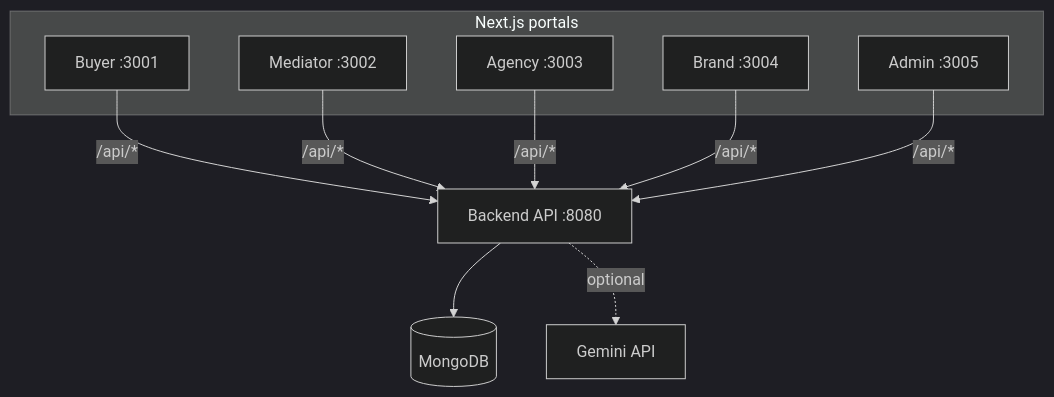
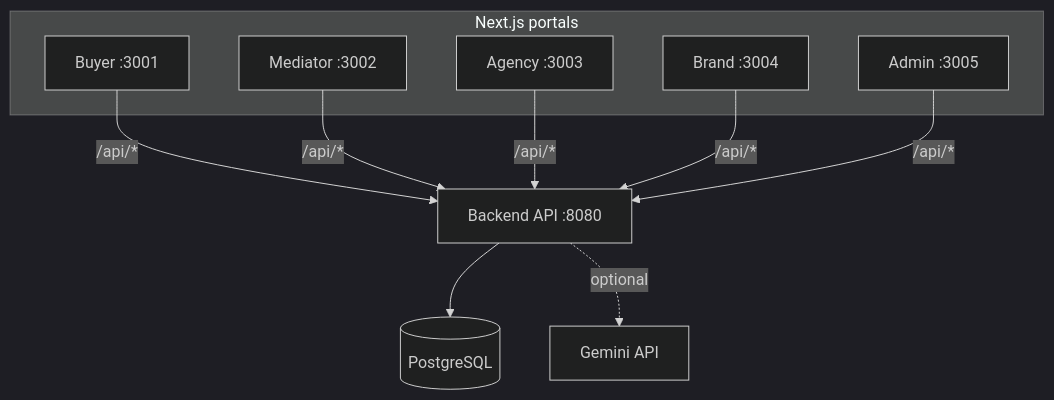
The first of 2 diagrams in README.md (chetanchaudhari789/MOBO), drawn with Mermaid (dark theme) before and after one commit. The commit also changed other lines of this file and 95 other files, not shown here.

````diff
--- a/README.md
+++ b/README.md
@@ -18,23 +18,23 @@
 ```mermaid
 graph TD
   subgraph Portals[Next.js portals]
     B[Buyer :3001]
     M[Mediator :3002]
     A[Agency :3003]
     BR[Brand :3004]
     AD[Admin :3005]
   end
 
   API[Backend API :8080]
-  DB[(MongoDB)]
+  DB[(PostgreSQL)]
   AI[Gemini API]
 
   B -->|/api/*| API
   M -->|/api/*| API
   A -->|/api/*| API
   BR -->|/api/*| API
   AD -->|/api/*| API
 
   API --> DB
   API -. optional .-> AI
 ```
````
